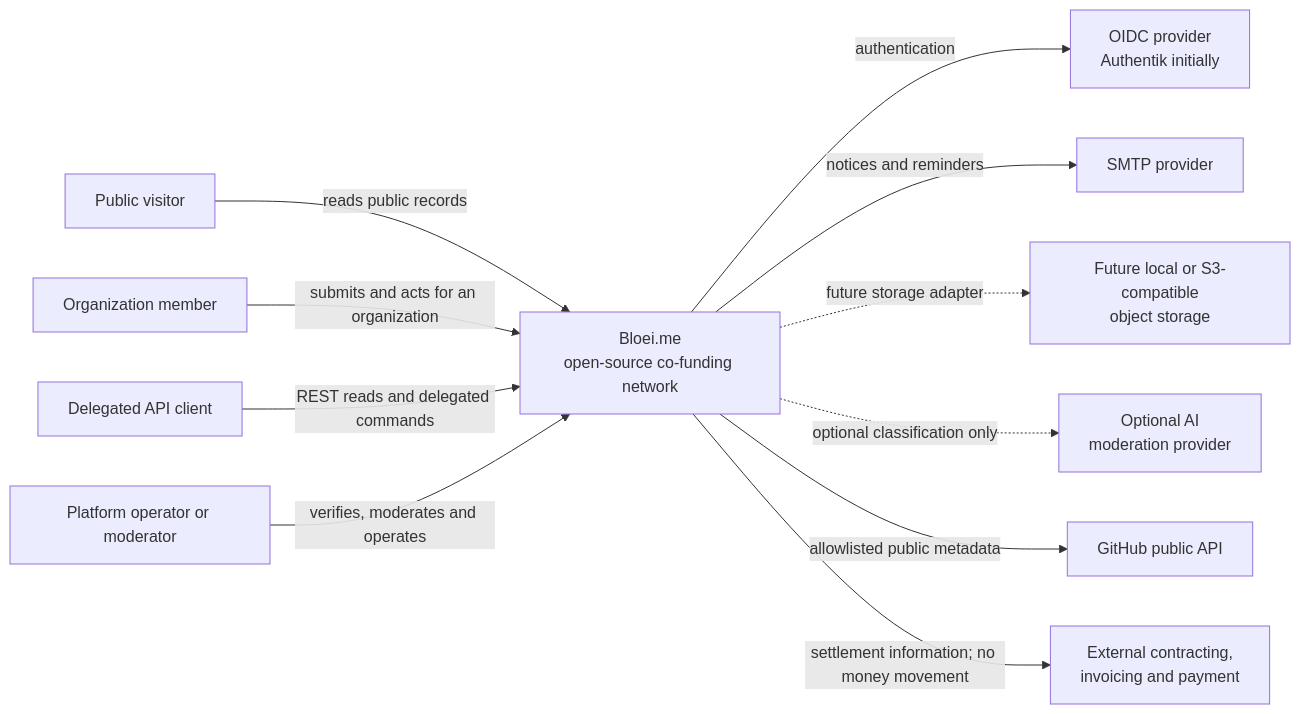
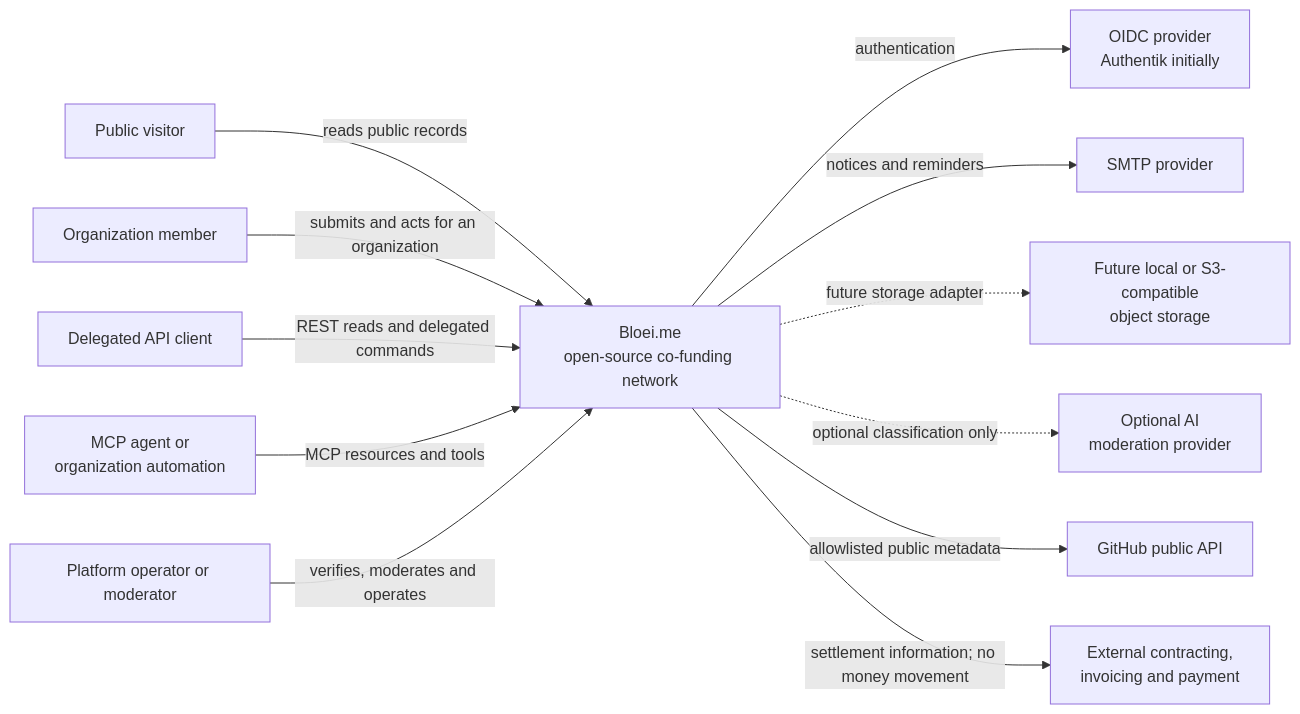
One commit to sdegroot/bloei.me changed the first of 6 diagrams in solution-architecture.md. Above: the diagram before and after it, drawn with Mermaid. The commit also changed other lines of this file and 9 other files, not shown here.

Commit message:
docs(architecture): prioritize read-write MCP automation

````diff
--- a/solution-architecture.md
+++ b/solution-architecture.md
@@ -61,26 +61,28 @@
 ```mermaid
 flowchart LR
     visitor[Public visitor]
     member[Organization member]
     client[Delegated API client]
+    agent[MCP agent or\norganization automation]
     operator[Platform operator or moderator]
     oidc[OIDC provider\nAuthentik initially]
     mail[SMTP provider]
     storage[Future local or S3-compatible\nobject storage]
     ai[Optional AI\nmoderation provider]
     github[GitHub public API]
     external[External contracting,\ninvoicing and payment]
 
     bloei[Bloei.me\nopen-source co-funding network]
 
     visitor -->|reads public records| bloei
     member -->|submits and acts for an organization| bloei
     client -->|REST reads and delegated commands| bloei
+    agent -->|MCP resources and tools| bloei
     operator -->|verifies, moderates and operates| bloei
     bloei -->|authentication| oidc
     bloei -->|notices and reminders| mail
     bloei -.->|future storage adapter| storage
     bloei -.->|optional classification only| ai
     bloei -->|allowlisted public metadata| github
     bloei -->|settlement information; no money movement| external
 ```
````
